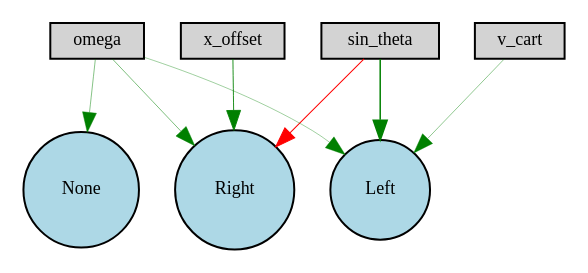
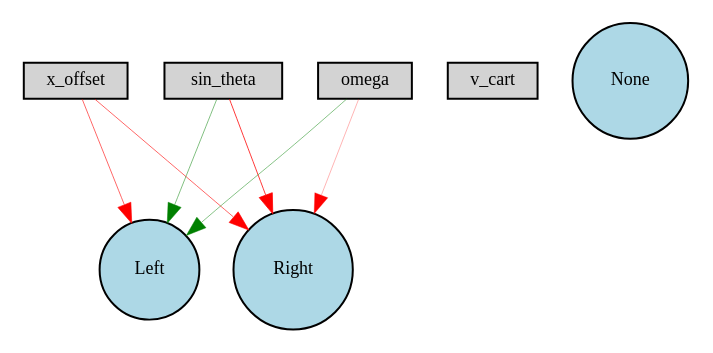
The diagram in InvertedPendulumAi/outputs/winner_net.gv (nikankad/NEAT-games), drawn with Graphviz before and after one commit. The commit also changed 8 other files, not shown here.

```diff
--- a/InvertedPendulumAi/outputs/winner_net.gv
+++ b/InvertedPendulumAi/outputs/winner_net.gv
@@ -1,17 +1,16 @@
 digraph {
 	node [fontsize=9 height=0.2 shape=circle width=0.2]
 	x_offset [fillcolor=lightgray shape=box style=filled]
 	v_cart [fillcolor=lightgray shape=box style=filled]
 	sin_theta [fillcolor=lightgray shape=box style=filled]
 	omega [fillcolor=lightgray shape=box style=filled]
 	Left [fillcolor=lightblue style=filled]
 	None [fillcolor=lightblue style=filled]
 	Right [fillcolor=lightblue style=filled]
-	omega -> Left [color=green penwidth=0.19076310568650445 style=solid]
-	v_cart -> Left [color=green penwidth=0.2171394462497821 style=solid]
-	sin_theta -> Left [color=green penwidth=0.7519757375450941 style=solid]
-	sin_theta -> Right [color=red penwidth=0.5199624285605373 style=solid]
-	omega -> None [color=green penwidth=0.23926154729762222 style=solid]
-	x_offset -> Right [color=green penwidth=0.43648677585060547 style=solid]
-	omega -> Right [color=green penwidth=0.2646661011646111 style=solid]
+	omega -> Right [color=red penwidth=0.15114109125703318 style=solid]
+	sin_theta -> Left [color=green penwidth=0.24688974263069982 style=solid]
+	x_offset -> Left [color=red penwidth=0.29999850056624167 style=solid]
+	x_offset -> Right [color=red penwidth=0.30421069328048317 style=solid]
+	omega -> Left [color=green penwidth=0.24332027138566142 style=solid]
+	sin_theta -> Right [color=red penwidth=0.3866509032764255 style=solid]
 }
```
